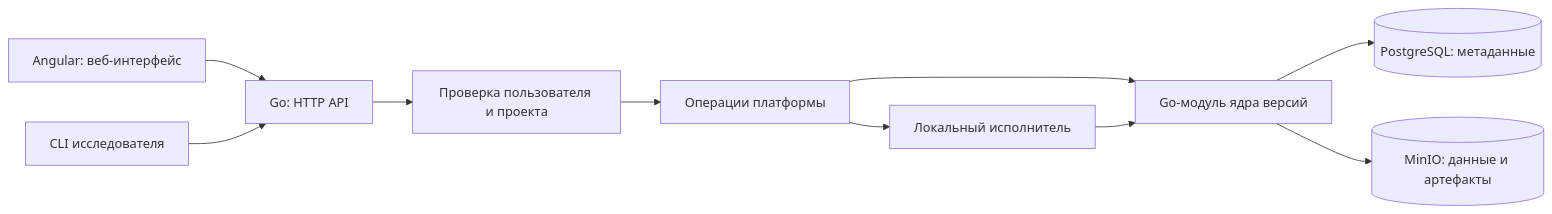
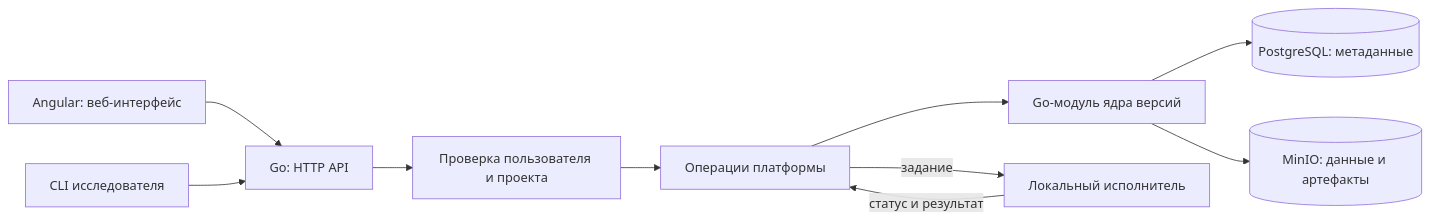
Before and after one commit to m1ssha/scientific-mlops-platform: the second of 2 diagrams in docs/architecture.md, drawn with Mermaid. The commit also changed other lines of this file and 5 other files, not shown here.

````diff
--- a/docs/architecture.md
+++ b/docs/architecture.md
@@ -35,12 +37,12 @@
 ```mermaid
 flowchart LR
     Web[Angular: веб-интерфейс] --> API[Go: HTTP API]
     CLI[CLI исследователя] --> API
     API --> Auth[Проверка пользователя и проекта]
     Auth --> Domain[Операции платформы]
     Domain --> Core[Go-модуль ядра версий]
-    Domain --> Runner[Локальный исполнитель]
+    Domain -- задание --> Runner[Локальный исполнитель]
     Core --> PG[(PostgreSQL: метаданные)]
     Core --> MinIO[(MinIO: данные и артефакты)]
-    Runner --> Core
+    Runner -- статус и результат --> Domain
 ```
````
